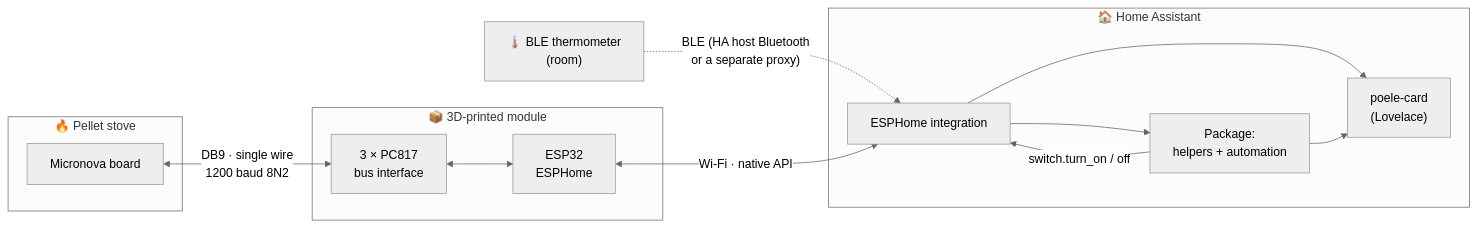
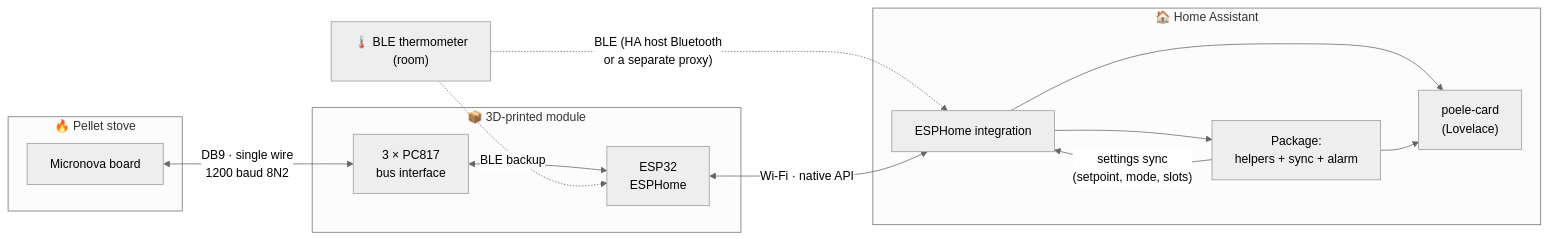
One commit to skribascode/Moretti-pellet-stove-esp32 changed the first of 2 diagrams in README.md. Above: the diagram before and after it, drawn with Mermaid (neutral theme). The commit also changed other lines of this file and 4 other files, not shown here.

First line of the commit message:
Autonomous schedule on the ESP, HA sync, card 1.5.2, Wi-Fi troubleshooting

````diff
--- a/README.md
+++ b/README.md
@@ -80,25 +81,26 @@
 ```mermaid
 flowchart LR
     subgraph Stove["🔥 Pellet stove"]
         MB["Micronova board"]
     end
     subgraph Module["📦 3D-printed module"]
         IF["3 × PC817<br/>bus interface"]
         ESP["ESP32<br/>ESPHome"]
     end
     T["🌡️ BLE thermometer<br/>(room)"]
     subgraph HA["🏠 Home Assistant"]
         API["ESPHome integration"]
-        PKG["Package:<br/>helpers + automation"]
+        PKG["Package:<br/>helpers + sync + alarm"]
         CARD["poele-card<br/>(Lovelace)"]
     end
 
     MB <-- "DB9 · single wire<br/>1200 baud 8N2" --> IF
     IF <--> ESP
     T -. "BLE (HA host Bluetooth<br/>or a separate proxy)" .-> API
     ESP <-- "Wi-Fi · native API" --> API
     API --> PKG
-    PKG -- "switch.turn_on / off" --> API
+    PKG -- "settings sync<br/>(setpoint, mode, slots)" --> API
+    T -. "BLE backup" .-> ESP
     API --> CARD
     PKG --> CARD
 ```
````
